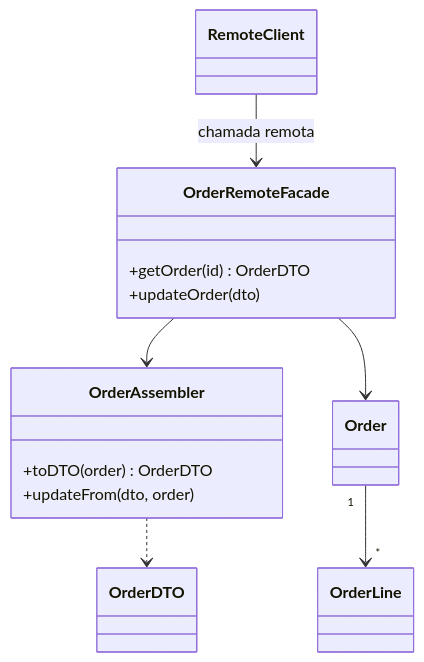
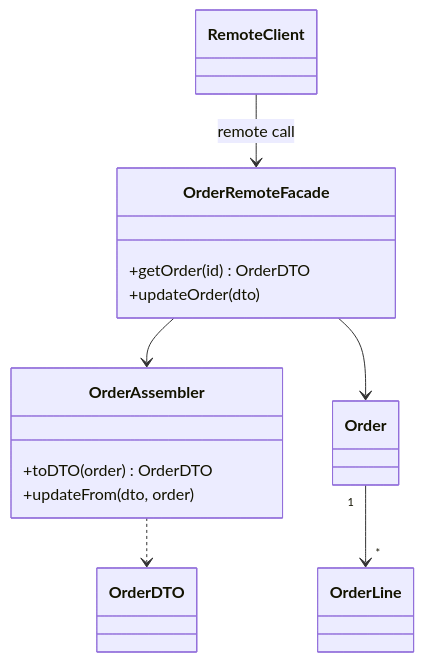
The diagram in docs/application/poeaa/distribution/remote-facade.md (alancesar/design-patterns), drawn with Mermaid before and after one commit. The commit also changed 258 other files, not shown here.

First line of the commit message:
Translate Mermaid diagrams to English

````diff
--- a/docs/application/poeaa/distribution/remote-facade.md
+++ b/docs/application/poeaa/distribution/remote-facade.md
@@ -58,20 +58,20 @@
 ```mermaid
 classDiagram
     class RemoteClient
     class OrderRemoteFacade {
         +getOrder(id) OrderDTO
         +updateOrder(dto)
     }
     class OrderAssembler {
         +toDTO(order) OrderDTO
         +updateFrom(dto, order)
     }
     class Order
     class OrderLine
     class OrderDTO
-    RemoteClient --> OrderRemoteFacade : chamada remota
+    RemoteClient --> OrderRemoteFacade : remote call
     OrderRemoteFacade --> OrderAssembler
     OrderRemoteFacade --> Order
     Order "1" --> "*" OrderLine
     OrderAssembler ..> OrderDTO
 ```
````
